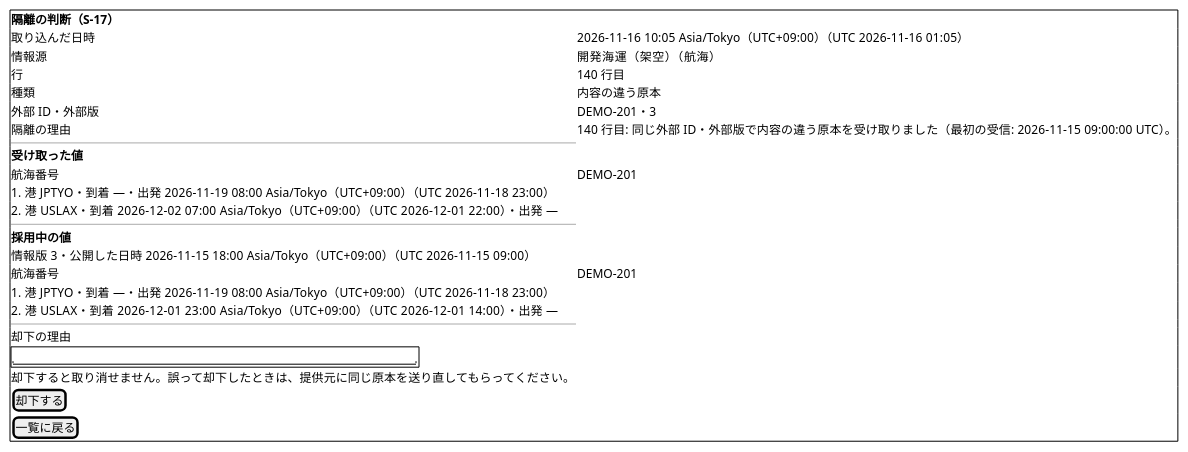
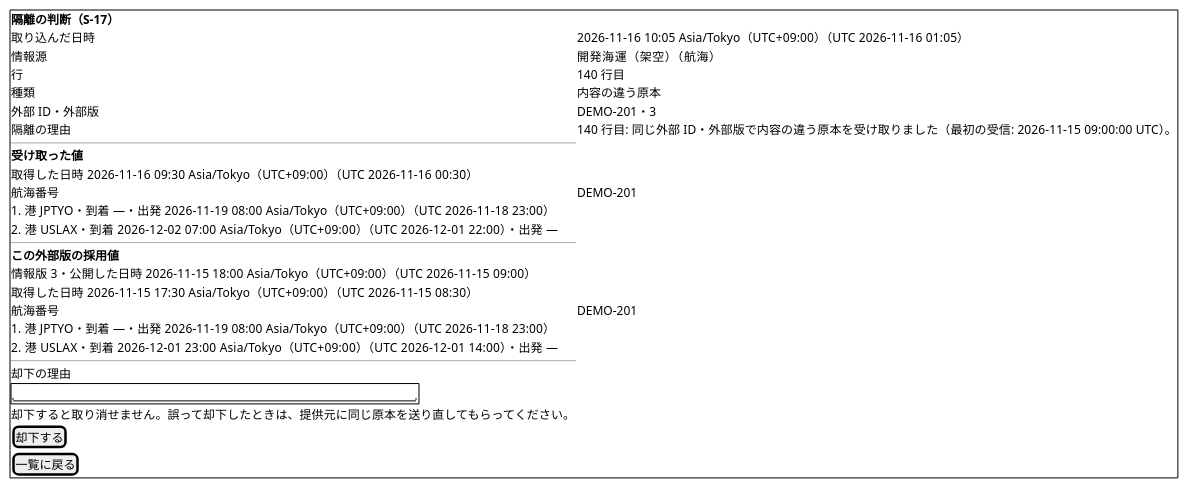
One commit to k2works/practical-domain-driven-design-in-enterpris-application changed the first of 3 diagrams in docs/development/cargo-tracker/bolt_39d3_plan.md. Above: the diagram before and after it, drawn with PlantUML. The commit also changed other lines of this file and 2 other files, not shown here.

````diff
--- a/docs/development/cargo-tracker/bolt_39d3_plan.md
+++ b/docs/development/cargo-tracker/bolt_39d3_plan.md
@@ -215,30 +273,32 @@
 ```plantuml
 @startsalt
 {+
   <b>隔離の判断（S-17）
   取り込んだ日時 | 2026-11-16 10:05 Asia/Tokyo（UTC+09:00）（UTC 2026-11-16 01:05）
   情報源 | 開発海運（架空）（航海）
   行 | 140 行目
   種類 | 内容の違う原本
   外部 ID・外部版 | DEMO-201・3
   隔離の理由 | 140 行目: 同じ外部 ID・外部版で内容の違う原本を受け取りました（最初の受信: 2026-11-15 09:00:00 UTC）。
   --
   <b>受け取った値
+  取得した日時 2026-11-16 09:30 Asia/Tokyo（UTC+09:00）（UTC 2026-11-16 00:30）
   航海番号 | DEMO-201
   1. 港 JPTYO・到着 —・出発 2026-11-19 08:00 Asia/Tokyo（UTC+09:00）（UTC 2026-11-18 23:00）
   2. 港 USLAX・到着 2026-12-02 07:00 Asia/Tokyo（UTC+09:00）（UTC 2026-12-01 22:00）・出発 —
   --
-  <b>採用中の値
+  <b>この外部版の採用値
   情報版 3・公開した日時 2026-11-15 18:00 Asia/Tokyo（UTC+09:00）（UTC 2026-11-15 09:00）
+  取得した日時 2026-11-15 17:30 Asia/Tokyo（UTC+09:00）（UTC 2026-11-15 08:30）
   航海番号 | DEMO-201
   1. 港 JPTYO・到着 —・出発 2026-11-19 08:00 Asia/Tokyo（UTC+09:00）（UTC 2026-11-18 23:00）
   2. 港 USLAX・到着 2026-12-01 23:00 Asia/Tokyo（UTC+09:00）（UTC 2026-12-01 14:00）・出発 —
   --
   却下の理由
   {+ "                                                  " }
   却下すると取り消せません。誤って却下したときは、提供元に同じ原本を送り直してもらってください。
   [ 却下する ]
   [ 一覧に戻る ]
 }
 @endsalt
 ```
````
